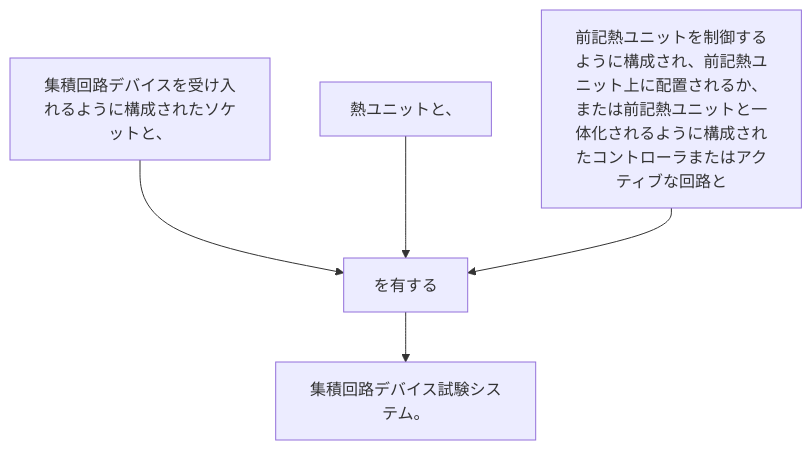
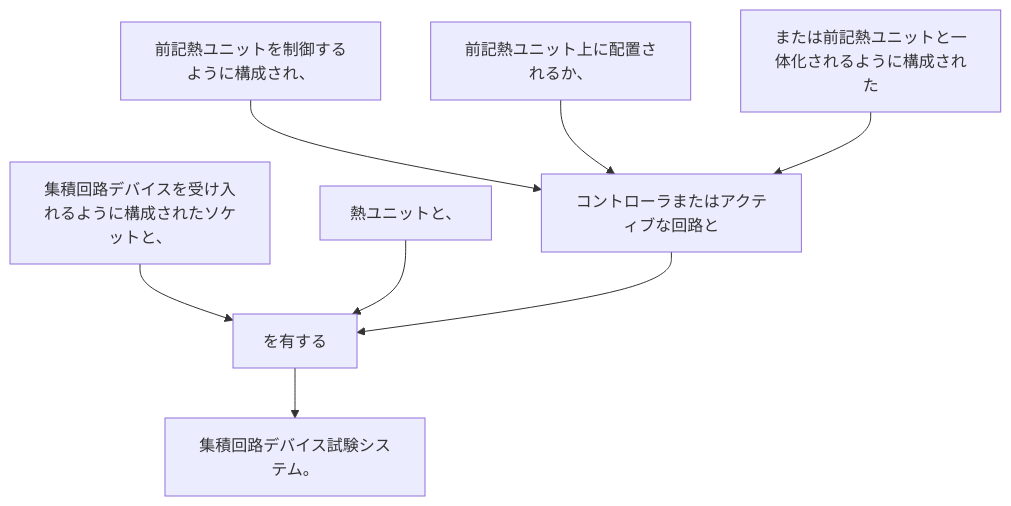
The diagram in 2024/JP2024023283A/claim_37/README.md (shinmori55/patent_analyzed), drawn with Mermaid before and after one commit. The commit also changed 336 other files, not shown here.

````diff
--- a/2024/JP2024023283A/claim_37/README.md
+++ b/2024/JP2024023283A/claim_37/README.md
@@ -4,12 +4,18 @@
 ```mermaid
 flowchart TD
 A[集積回路デバイスを受け入れるように構成されたソケットと、]
 B[熱ユニットと、]
-C[前記熱ユニットを制御するように構成され、前記熱ユニット上に配置されるか、または前記熱ユニットと一体化されるように構成されたコントローラまたはアクティブな回路と]
-D[を有する]
-E[集積回路デバイス試験システム。]
-A --> D
-B --> D
-C --> D
-D --> E
+C[前記熱ユニットを制御するように構成され、]
+D[前記熱ユニット上に配置されるか、]
+E[または前記熱ユニットと一体化されるように構成された]
+F[コントローラまたはアクティブな回路と]
+G[を有する]
+H[集積回路デバイス試験システム。]
+A --> G
+B --> G
+C --> F
+D --> F
+E --> F
+F --> G
+G --> H
 ```
````
